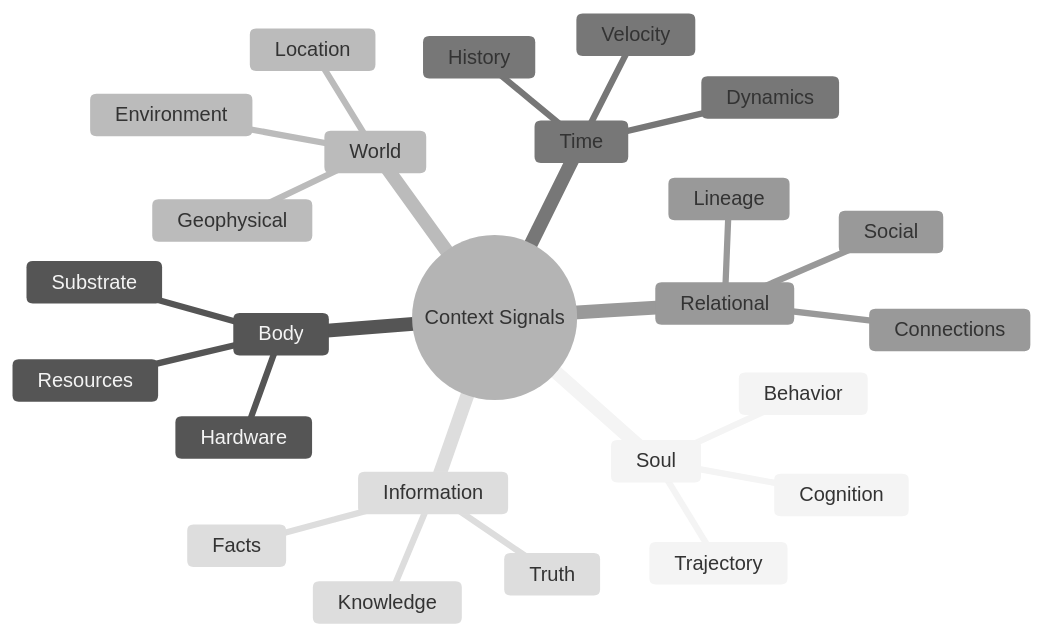
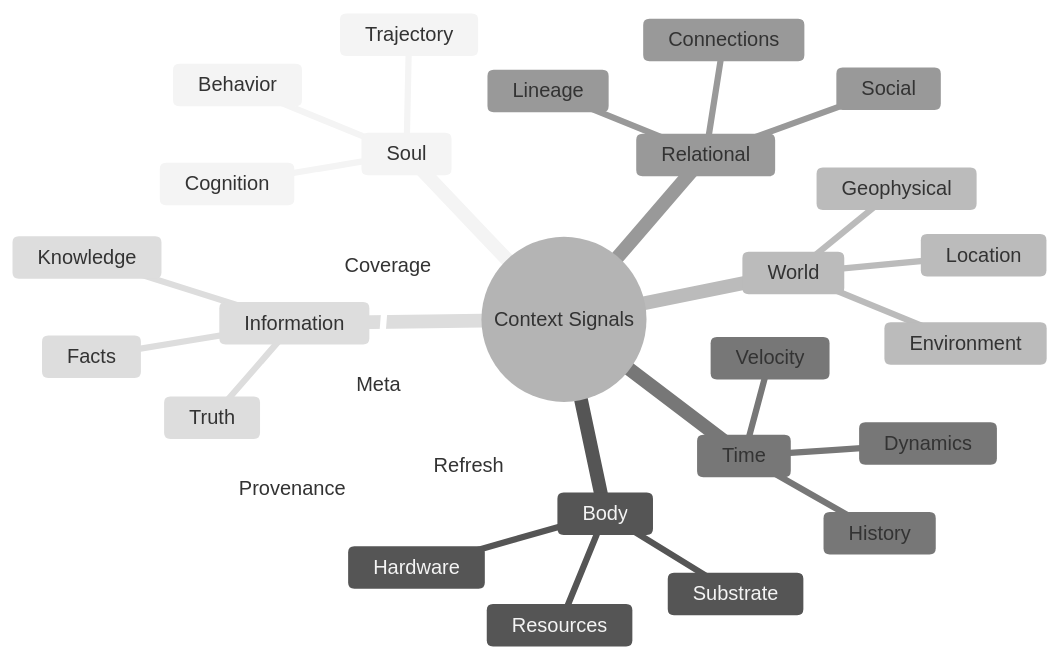
Before and after one commit to nmcitra/ktp-rfc: the first of 2 diagrams in rfcs/ktp-signals.md, drawn with Mermaid (neutral theme). The commit also changed other lines of this file and 15 other files, not shown here.

````diff
--- a/rfcs/ktp-signals.md
+++ b/rfcs/ktp-signals.md
@@ -31,34 +31,39 @@
 ```mermaid
 mindmap
   root((Context Signals))
     Soul
       ::icon(fa fa-brain)
       Cognition
       Behavior
       Trajectory
     Body
       ::icon(fa fa-microchip)
       Hardware
       Resources
       Substrate
     World
       ::icon(fa fa-globe)
       Environment
       Geophysical
       Location
     Time
       ::icon(fa fa-clock)
       Dynamics
       Velocity
       History
     Relational
       ::icon(fa fa-users)
       Connections
       Lineage
       Social
     Information
       ::icon(fa fa-wifi)
       Facts
       Knowledge
       Truth
+    Meta
+      ::icon(fa fa-gauge)
+      Refresh
+      Coverage
+      Provenance
 ```
````
